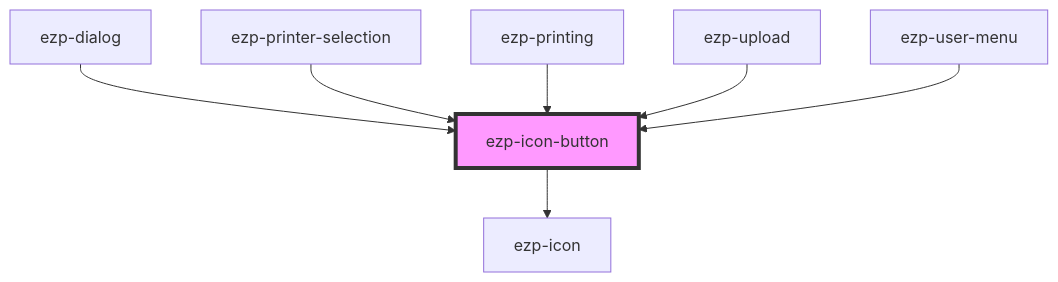
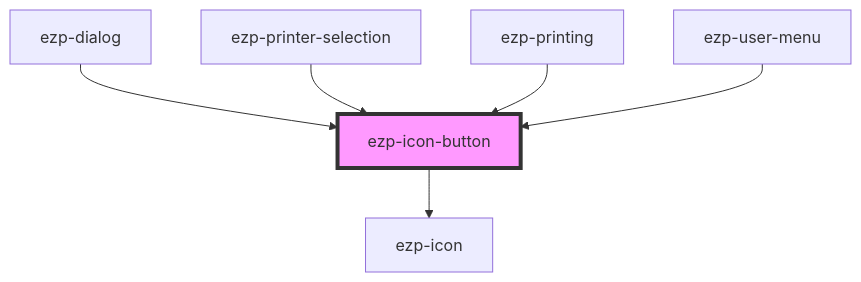
One commit to ezeep/ezeep-js changed the diagram in src/components/ezp-icon-button/readme.md. Above: the diagram before and after it, drawn with Mermaid. The commit also changed other lines of this file and 8 other files, not shown here.

First line of the commit message:
feat(upload): drop modal header and make Cancel close the flow

````diff
--- a/src/components/ezp-icon-button/readme.md
+++ b/src/components/ezp-icon-button/readme.md
@@ -33,10 +32,9 @@
 ```mermaid
 graph TD;
   ezp-icon-button --> ezp-icon
   ezp-dialog --> ezp-icon-button
   ezp-printer-selection --> ezp-icon-button
   ezp-printing --> ezp-icon-button
-  ezp-upload --> ezp-icon-button
   ezp-user-menu --> ezp-icon-button
   style ezp-icon-button fill:#f9f,stroke:#333,stroke-width:4px
 ```
````
